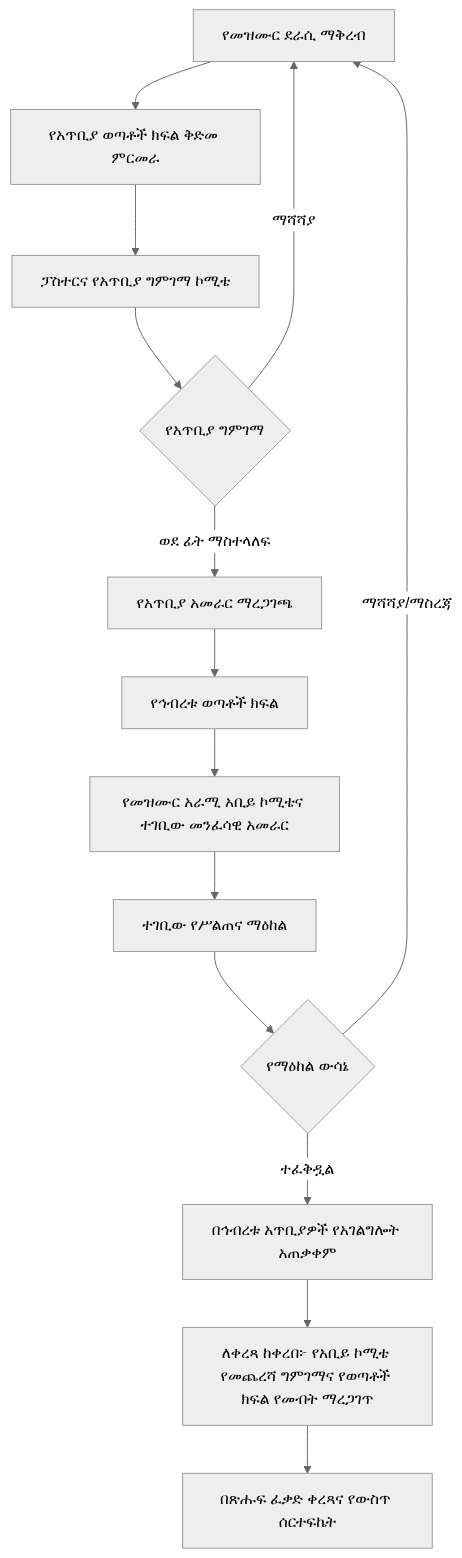
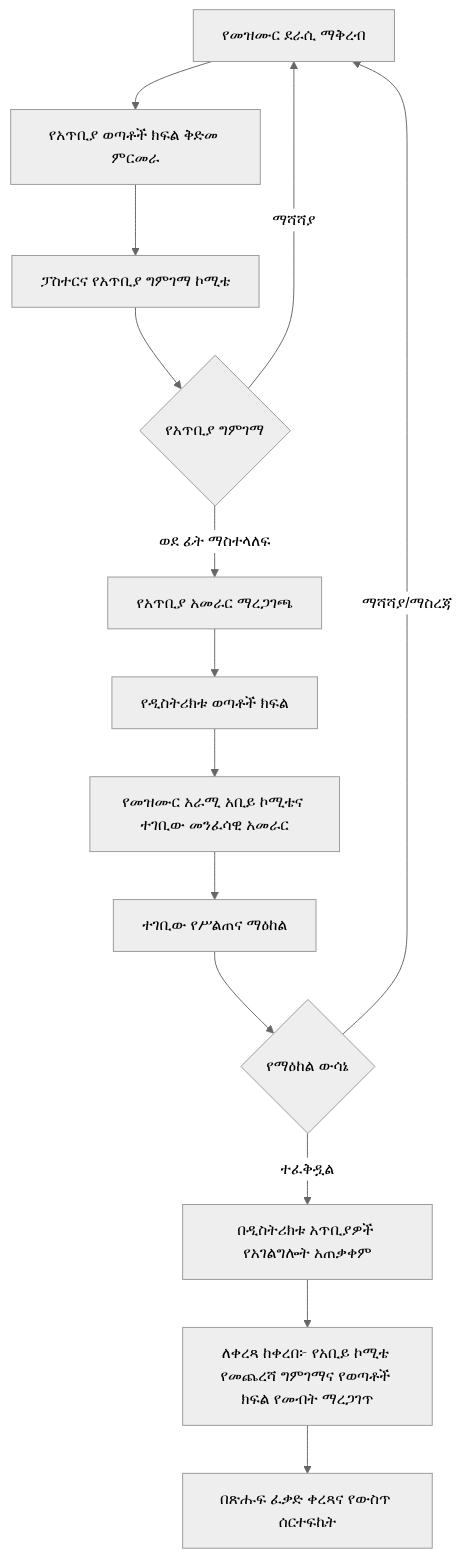
One commit to akefadaka-git/ekhc-digital-platform changed the third of 3 diagrams in docs/governance/maale-song-review-directive-am.md. Above: the diagram before and after it, drawn with Mermaid (neutral theme). The commit also changed other lines of this file, not shown here.

````diff
--- a/docs/governance/maale-song-review-directive-am.md
+++ b/docs/governance/maale-song-review-directive-am.md
@@ -155,16 +158,16 @@
 ```mermaid
 flowchart TD
  A[የመዝሙር ደራሲ ማቅረብ] --> B[የአጥቢያ ወጣቶች ክፍል ቅድመ ምርመራ]
  B --> C[ፓስተርና የአጥቢያ ግምገማ ኮሚቴ]
  C --> D{የአጥቢያ ግምገማ}
  D -->|ማሻሻያ| A
  D -->|ወደ ፊት ማስተላለፍ| E[የአጥቢያ አመራር ማረጋገጫ]
- E --> F[የኅብረቱ ወጣቶች ክፍል]
+ E --> F[የዲስትሪክቱ ወጣቶች ክፍል]
  F --> G[የመዝሙር አራሚ አቢይ ኮሚቴና ተገቢው መንፈሳዊ አመራር]
  G --> H[ተገቢው የሥልጠና ማዕከል]
  H --> I{የማዕከል ውሳኔ}
  I -->|ማሻሻያ/ማስረጃ| A
- I -->|ተፈቅዷል| J[በኅብረቱ አጥቢያዎች የአገልግሎት አጠቃቀም]
+ I -->|ተፈቅዷል| J[በዲስትሪክቱ አጥቢያዎች የአገልግሎት አጠቃቀም]
  J --> K[ለቀረጻ ከቀረበ፦ የአቢይ ኮሚቴ የመጨረሻ ግምገማና የወጣቶች ክፍል የመብት ማረጋገጥ]
  K --> L[በጽሑፍ ፈቃድ ቀረጻና የውስጥ ሰርተፍኬት]
 ```
````
